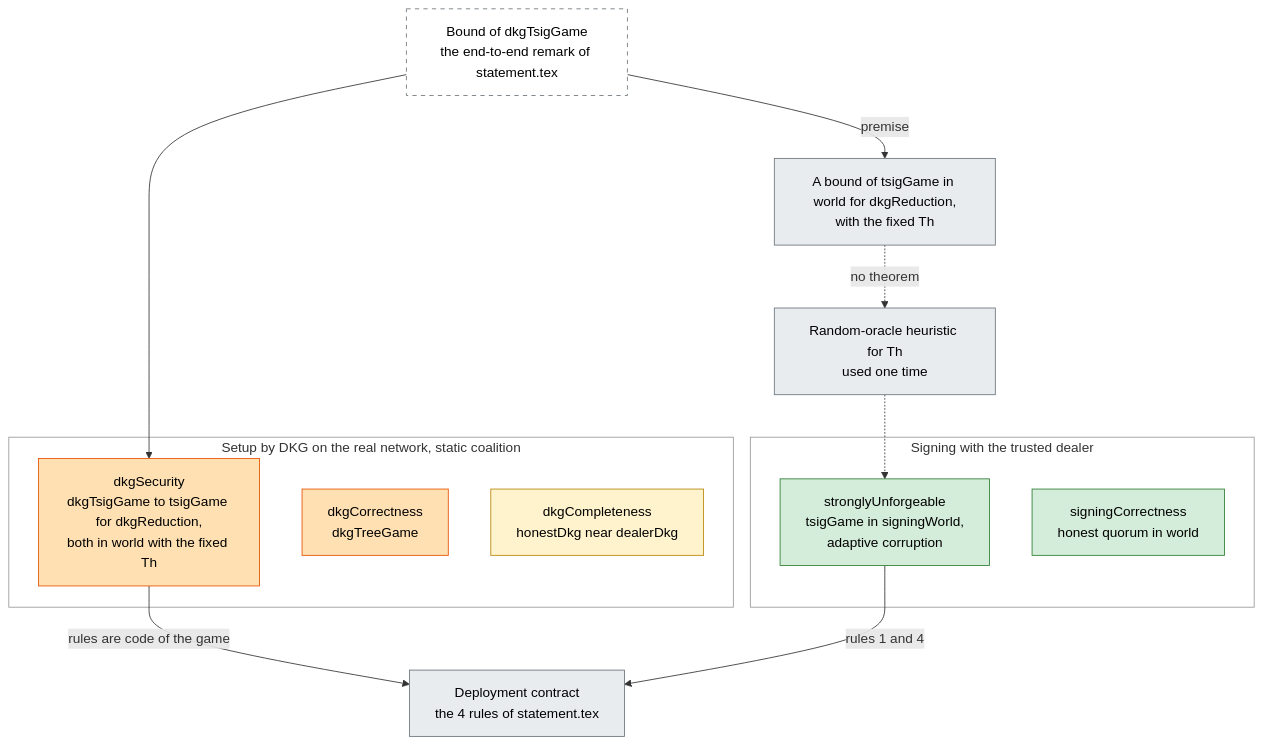
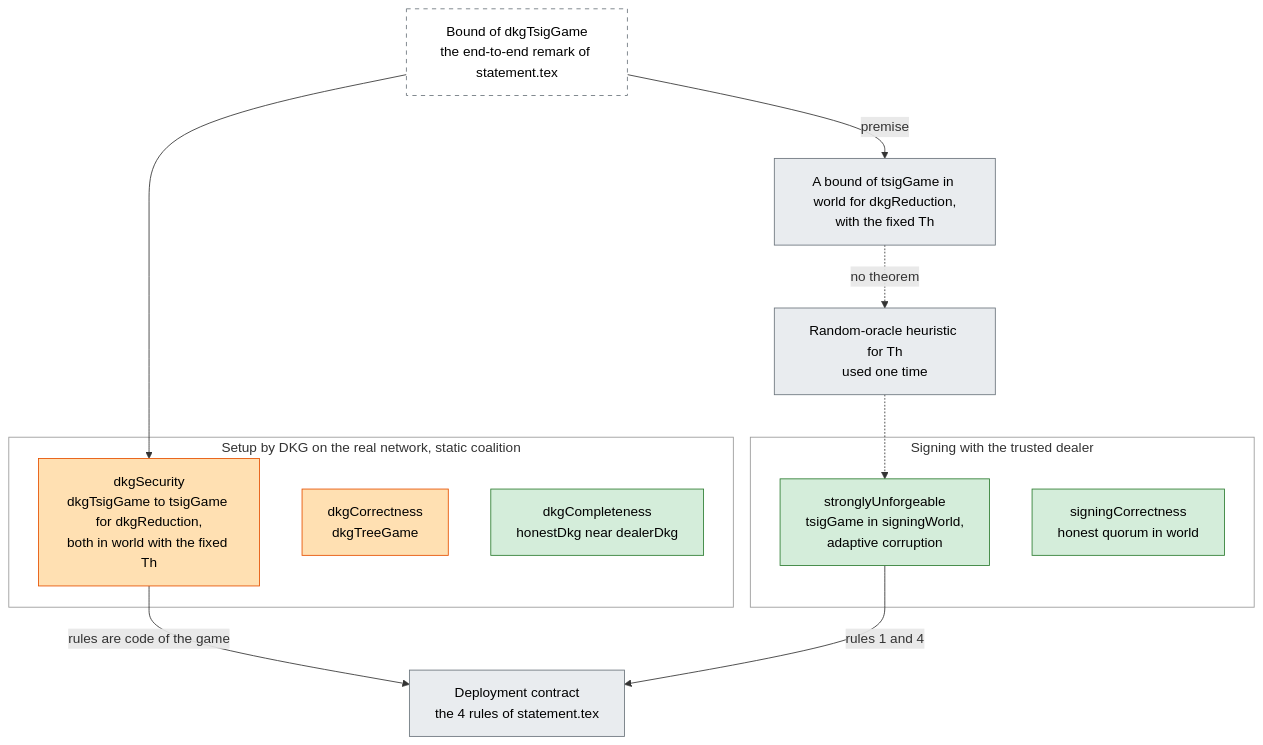
The diagram in formal/README.md (han0110/threshold-lean-xmss), drawn with Mermaid before and after one commit. The commit also changed other lines of this file and 27 other files, not shown here.

````diff
--- a/formal/README.md
+++ b/formal/README.md
@@ -25,34 +25,33 @@
 ```mermaid
 flowchart TB
   classDef proved fill:#d4edda,stroke:#2e7d32,color:#000
-  classDef derived fill:#fff3cd,stroke:#b8860b,color:#000
   classDef target fill:#ffe0b2,stroke:#e65100,color:#000
   classDef assumed fill:#e9ecef,stroke:#6c757d,color:#000
   classDef remark fill:#ffffff,stroke:#6c757d,stroke-dasharray:5 5,color:#000
 
   subgraph SIG["Signing with the trusted dealer"]
     SUF["stronglyUnforgeable<br/>tsigGame in signingWorld,<br/>adaptive corruption"]:::proved
     SCOR["signingCorrectness<br/>honest quorum in world"]:::proved
   end
 
   subgraph DKG["Setup by DKG on the real network, static coalition"]
     DSEC["dkgSecurity<br/>dkgTsigGame to tsigGame for dkgReduction,<br/>both in world with the fixed Th"]:::target
     DCOR["dkgCorrectness<br/>dkgTreeGame"]:::target
-    DCOMP["dkgCompleteness<br/>honestDkg near dealerDkg"]:::derived
+    DCOMP["dkgCompleteness<br/>honestDkg near dealerDkg"]:::proved
   end
 
   E2E["Bound of dkgTsigGame<br/>the end-to-end remark of statement.tex"]:::remark
   DELTA["A bound of tsigGame in world for dkgReduction,<br/>with the fixed Th"]:::assumed
   HEUR["Random-oracle heuristic for Th<br/>used one time"]:::assumed
   RULES["Deployment contract<br/>the 4 rules of statement.tex"]:::assumed
 
   style SIG fill:none,stroke:#999999
   style DKG fill:none,stroke:#999999
 
   E2E --> DSEC
   E2E -->|premise| DELTA
   DELTA -.->|no theorem| HEUR
   HEUR -.-> SUF
   DSEC -->|rules are code of the game| RULES
   SUF -->|rules 1 and 4| RULES
 ```
````
